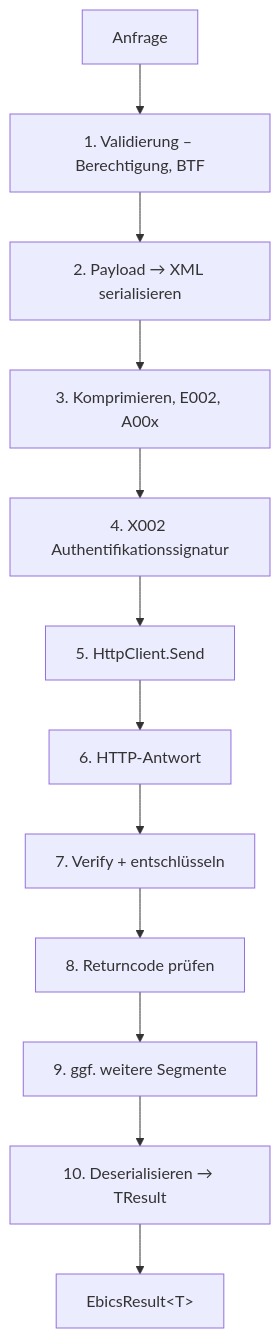
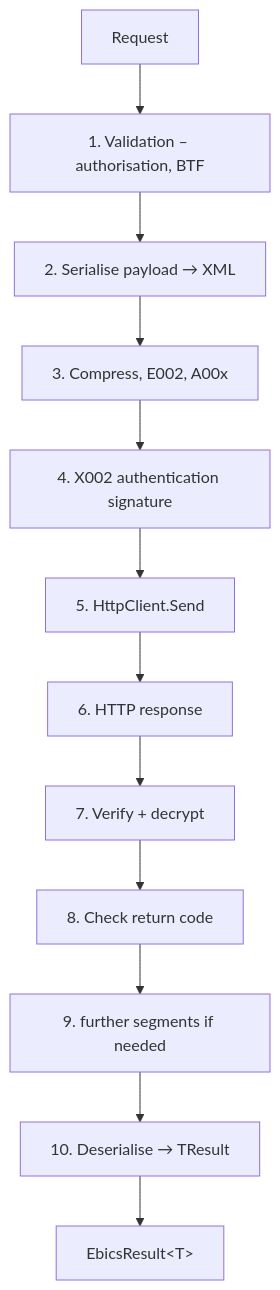
Before and after one commit to dominikz98/ebico: the second of 5 diagrams in docs/connector/architecture.md, drawn with Mermaid. The commit also changed other lines of this file and 59 other files, not shown here.

````diff
--- a/docs/connector/architecture.md
+++ b/docs/connector/architecture.md
@@ -70,14 +70,14 @@
 ```mermaid
 flowchart TD
-    R[Anfrage] --> S1[1. Validierung – Berechtigung, BTF]
-    S1 --> S2[2. Payload → XML serialisieren]
-    S2 --> S3[3. Komprimieren, E002, A00x]
-    S3 --> S4[4. X002 Authentifikationssignatur]
+    R[Request] --> S1[1. Validation – authorisation, BTF]
+    S1 --> S2[2. Serialise payload → XML]
+    S2 --> S3[3. Compress, E002, A00x]
+    S3 --> S4[4. X002 authentication signature]
     S4 --> S5[5. HttpClient.Send]
-    S5 --> S6[6. HTTP-Antwort]
-    S6 --> S7[7. Verify + entschlüsseln]
-    S7 --> S8[8. Returncode prüfen]
-    S8 --> S9[9. ggf. weitere Segmente]
-    S9 --> S10[10. Deserialisieren → TResult]
+    S5 --> S6[6. HTTP response]
+    S6 --> S7[7. Verify + decrypt]
+    S7 --> S8[8. Check return code]
+    S8 --> S9[9. further segments if needed]
+    S9 --> S10[10. Deserialise → TResult]
     S10 --> Res["EbicsResult&lt;T&gt;"]
 ```
````
